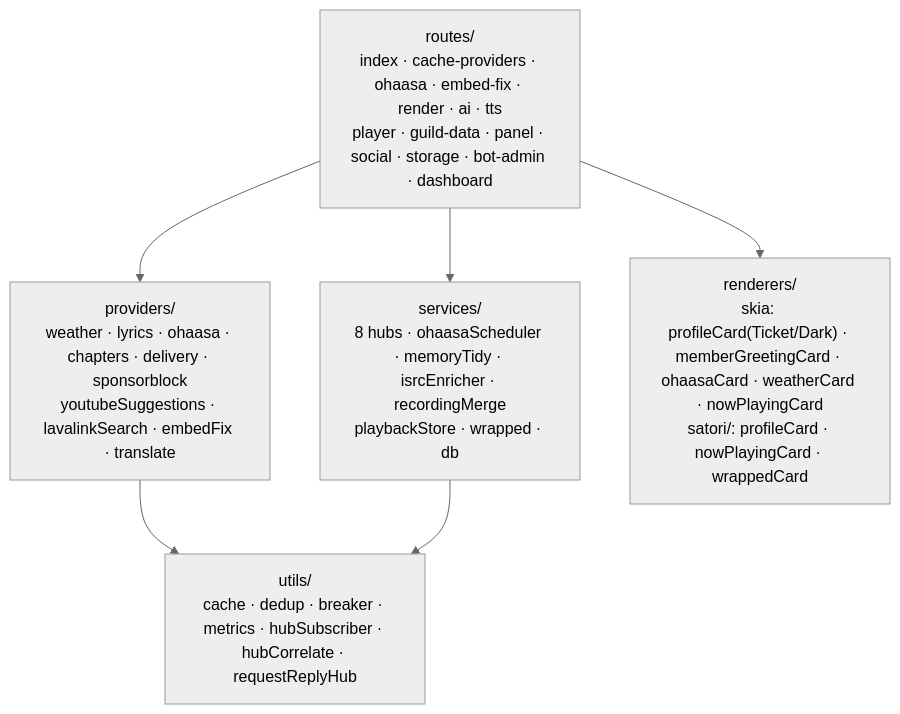
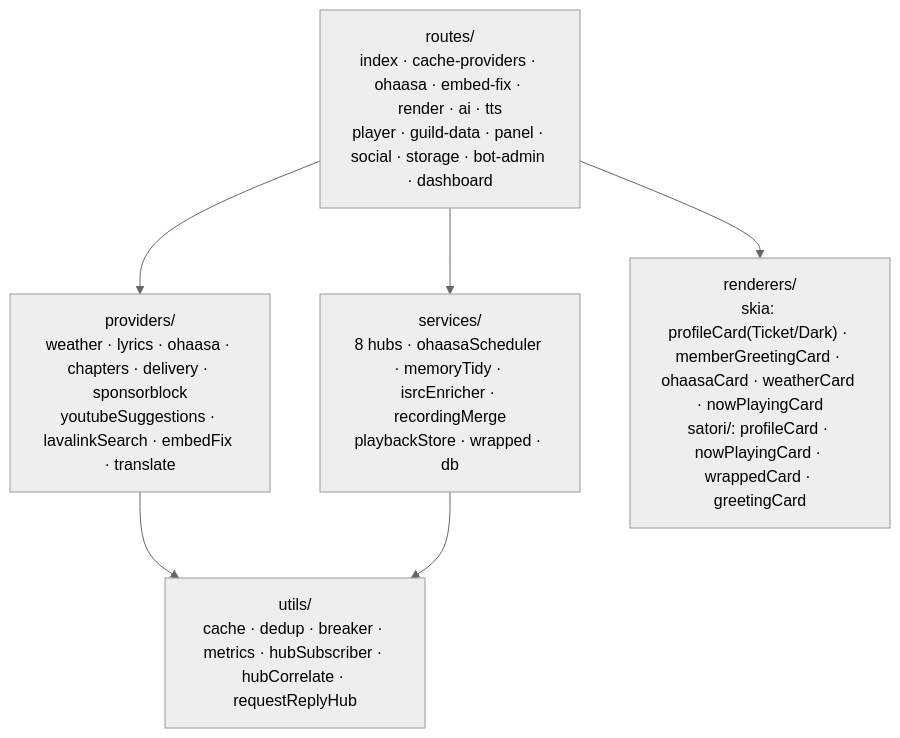
The third of 10 diagrams in docs/architecture.md (mochilabs/SiruBOT), drawn with Mermaid (neutral theme) before and after one commit. The commit also changed other lines of this file and 36 other files, not shown here.

````diff
--- a/docs/architecture.md
+++ b/docs/architecture.md
@@ -213,8 +217,8 @@
 ```mermaid
 graph TB
     R1["routes/<br/>index · cache-providers · ohaasa · embed-fix · render · ai · tts<br/>player · guild-data · panel · social · storage · bot-admin · dashboard"] --> P["providers/<br/>weather · lyrics · ohaasa · chapters · delivery · sponsorblock<br/>youtubeSuggestions · lavalinkSearch · embedFix · translate"]
     R1 --> S["services/<br/>8 hubs · ohaasaScheduler · memoryTidy · isrcEnricher · recordingMerge<br/>playbackStore · wrapped · db"]
-    R1 --> RD["renderers/<br/>skia: profileCard(Ticket/Dark) · memberGreetingCard · ohaasaCard · weatherCard · nowPlayingCard<br/>satori/: profileCard · nowPlayingCard · wrappedCard"]
+    R1 --> RD["renderers/<br/>skia: profileCard(Ticket/Dark) · memberGreetingCard · ohaasaCard · weatherCard · nowPlayingCard<br/>satori/: profileCard · nowPlayingCard · wrappedCard · greetingCard"]
     P --> U["utils/<br/>cache · dedup · breaker · metrics · hubSubscriber · hubCorrelate · requestReplyHub"]
     S --> U
 ```
````
